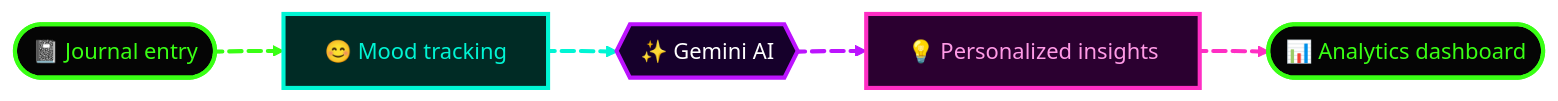
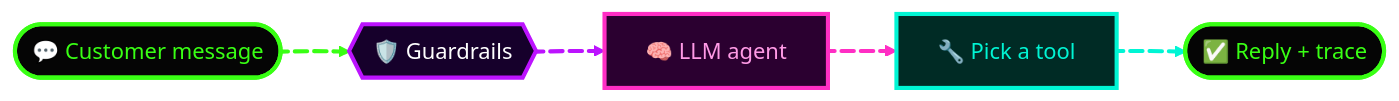
The fourth of 8 diagrams in README.md (priyanshi17112007/priyanshi17112007), drawn with Mermaid before and after one commit. The commit also changed other lines of this file, not shown here.

````diff
--- a/README.md
+++ b/README.md
@@ -227,20 +231,20 @@
 ```mermaid
-%%{init: {'theme':'base','themeVariables':{'background':'#050505','primaryColor':'#0a0a14','primaryTextColor':'#00F5D4','primaryBorderColor':'#00F5D4','lineColor':'#00F5D4','fontFamily':'monospace'},'flowchart':{'curve':'basis'}}}%%
+%%{init: {'theme':'base','themeVariables':{'background':'#050505','primaryColor':'#0a0a14','primaryTextColor':'#39FF14','primaryBorderColor':'#39FF14','lineColor':'#ff2ec4','fontFamily':'monospace'},'flowchart':{'curve':'basis'}}}%%
 flowchart LR
-    J([📓 Journal entry]):::n1 e1@==> M[😊 Mood tracking]:::n2
-    M e2@==> G{{✨ Gemini AI}}:::n3
-    G e3@==> I[💡 Personalized insights]:::n4
-    I e4@==> D([📊 Analytics dashboard]):::n1
+    M([💬 Customer message]):::n1 e1@==> G{{🛡️ Guardrails}}:::n3
+    G e2@==> A[🧠 LLM agent]:::n5
+    A e3@==> T[🔧 Pick a tool]:::n2
+    T e4@==> R([✅ Reply + trace]):::n1
     e1@{ animate: true, animation: fast }
     e2@{ animate: true, animation: fast }
     e3@{ animate: true, animation: fast }
     e4@{ animate: true, animation: fast }
     classDef n1 fill:#050505,stroke:#39FF14,stroke-width:3px,color:#39FF14;
     classDef n2 fill:#002B25,stroke:#00F5D4,stroke-width:3px,color:#00F5D4;
     classDef n3 fill:#16002B,stroke:#BC13FE,stroke-width:3px,color:#fff;
-    classDef n4 fill:#2b0030,stroke:#ff2ec4,stroke-width:3px,color:#ff9ae6;
+    classDef n5 fill:#2b0030,stroke:#ff2ec4,stroke-width:3px,color:#ff9ae6;
     linkStyle 0 stroke:#39FF14,stroke-width:3px;
-    linkStyle 1 stroke:#00F5D4,stroke-width:3px;
-    linkStyle 2 stroke:#BC13FE,stroke-width:3px;
-    linkStyle 3 stroke:#ff2ec4,stroke-width:3px;
+    linkStyle 1 stroke:#BC13FE,stroke-width:3px;
+    linkStyle 2 stroke:#ff2ec4,stroke-width:3px;
+    linkStyle 3 stroke:#00F5D4,stroke-width:3px;
 ```
````
